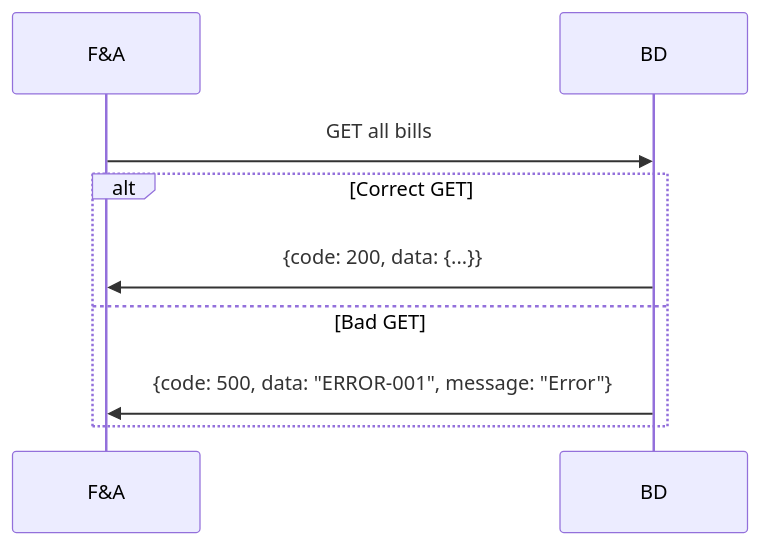
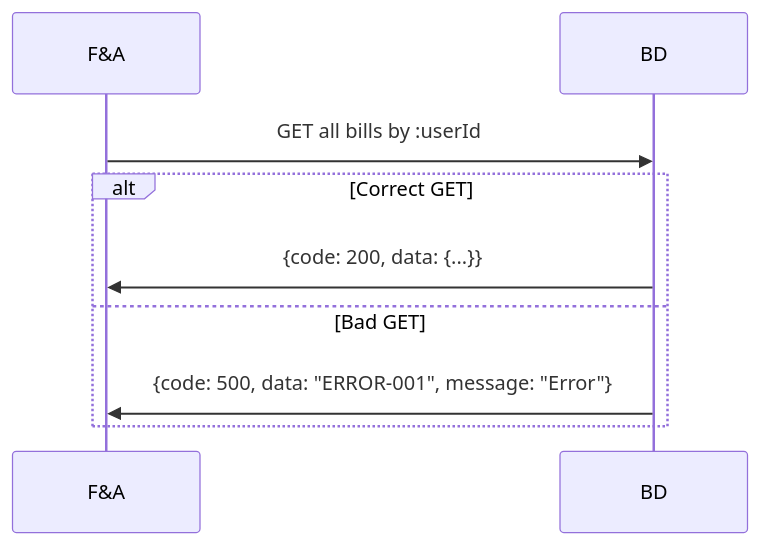
The third of 7 diagrams in guiauso/backend-endpoints.md (LaggerP/facturacion-documentation), drawn with Mermaid before and after one commit. The commit also changed other lines of this file and 6 other files, not shown here.

````diff
--- a/guiauso/backend-endpoints.md
+++ b/guiauso/backend-endpoints.md
@@ -21,9 +71,9 @@
 ```mermaid
 sequenceDiagram
-    F&A->>BD: GET all bills
+    F&A->>BD: GET all bills by :userId
     alt Correct GET
         BD->>F&A: {code: 200, data: {...}}
     else Bad GET
          BD->>F&A: {code: 500, data: "ERROR-001", message: "Error"}
     end
 ```
````
